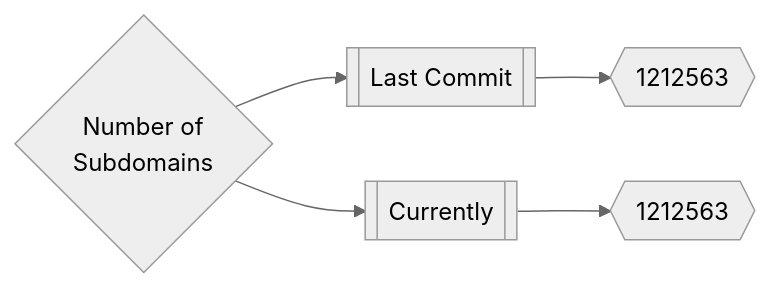
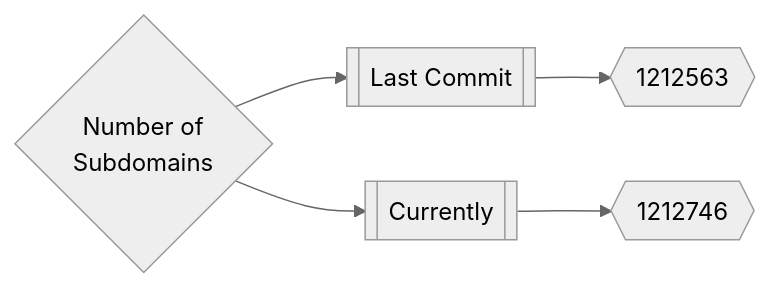
One commit to trickest/inventory changed the first of 3 diagrams in README.md. Above: the diagram before and after it, drawn with Mermaid (neutral theme). The commit also changed other lines of this file, not shown here.

Commit message:
Update Sun Apr  3 19:09:27 UTC 2022

````diff
--- a/README.md
+++ b/README.md
@@ -165,5 +165,5 @@
 ```mermaid
 graph LR
 title{Number of<br>Subdomains} --> subdomainsDate1[[Last Commit]] --> subdomainsNum1{{1212563}}
-title --> subdomainsDate2[[Currently]] --> subdomainsNum2{{1212563}}
+title --> subdomainsDate2[[Currently]] --> subdomainsNum2{{1212746}}
 ```
````
